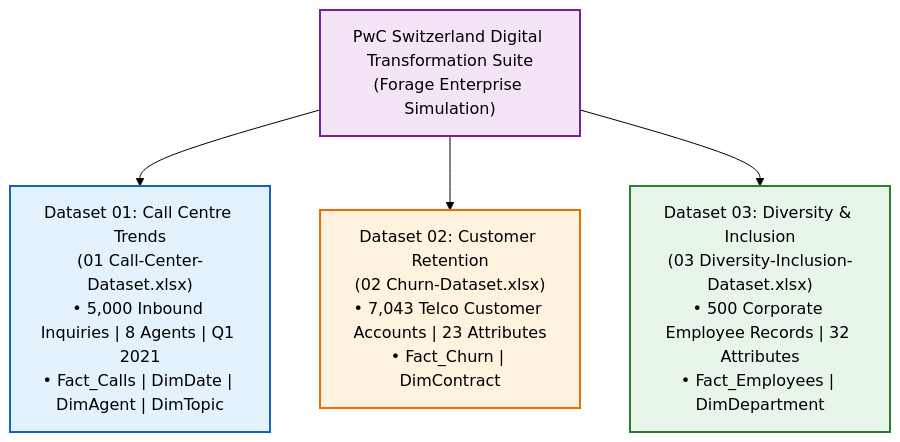
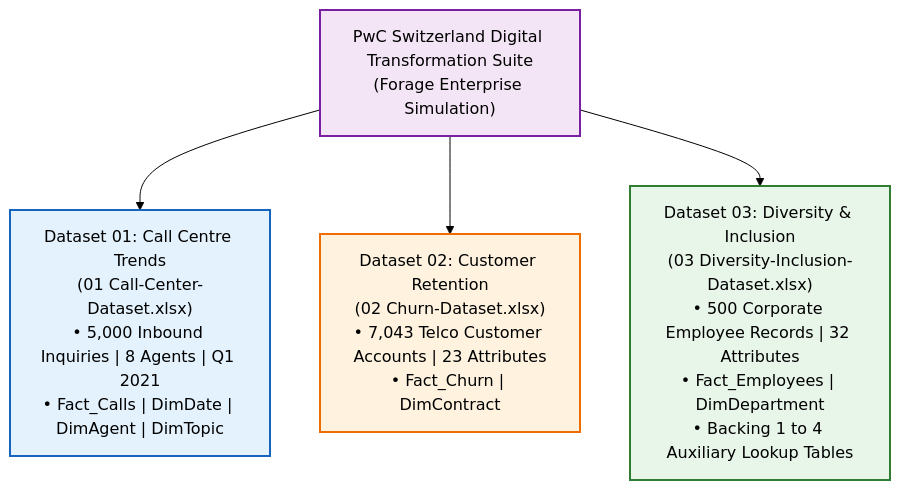
Before and after one commit to Sohila-Khaled-Abbas/COURSE-EXCEL-ZERO-TO-HERO: the first of 2 diagrams in 06_Projects/Call Center Performance Analysis/Dataset Documentation.md, drawn with Mermaid (forest theme). The commit also changed other lines of this file and 5 other files, not shown here.

````diff
--- a/06_Projects/Call Center Performance Analysis/Dataset Documentation.md
+++ b/06_Projects/Call Center Performance Analysis/Dataset Documentation.md
@@ -36,17 +37,17 @@
 ```mermaid
 flowchart TD
     PWC["PwC Switzerland Digital Transformation Suite\n(Forage Enterprise Simulation)"]
     
     T1["Dataset 01: Call Centre Trends\n(01 Call-Center-Dataset.xlsx)\n• 5,000 Inbound Inquiries | 8 Agents | Q1 2021\n• Fact_Calls | DimDate | DimAgent | DimTopic"]
     T2["Dataset 02: Customer Retention\n(02 Churn-Dataset.xlsx)\n• 7,043 Telco Customer Accounts | 23 Attributes\n• Fact_Churn | DimContract"]
-    T3["Dataset 03: Diversity & Inclusion\n(03 Diversity-Inclusion-Dataset.xlsx)\n• 500 Corporate Employee Records | 32 Attributes\n• Fact_Employees | DimDepartment"]
+    T3["Dataset 03: Diversity & Inclusion\n(03 Diversity-Inclusion-Dataset.xlsx)\n• 500 Corporate Employee Records | 32 Attributes\n• Fact_Employees | DimDepartment\n• Backing 1 to 4 Auxiliary Lookup Tables"]
     
     PWC --> T1
     PWC --> T2
     PWC --> T3
     
     style PWC fill:#f3e5f5,stroke:#7b1fa2,stroke-width:2px
     style T1 fill:#e3f2fd,stroke:#1565c0,stroke-width:2px
     style T2 fill:#fff3e0,stroke:#ef6c00,stroke-width:2px
     style T3 fill:#e8f5e9,stroke:#2e7d32,stroke-width:2px
 ```
````
